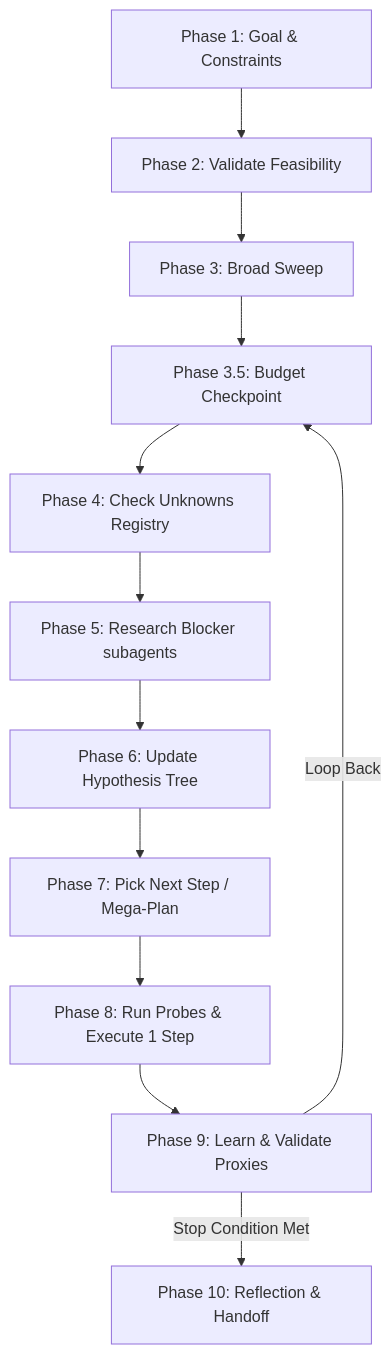
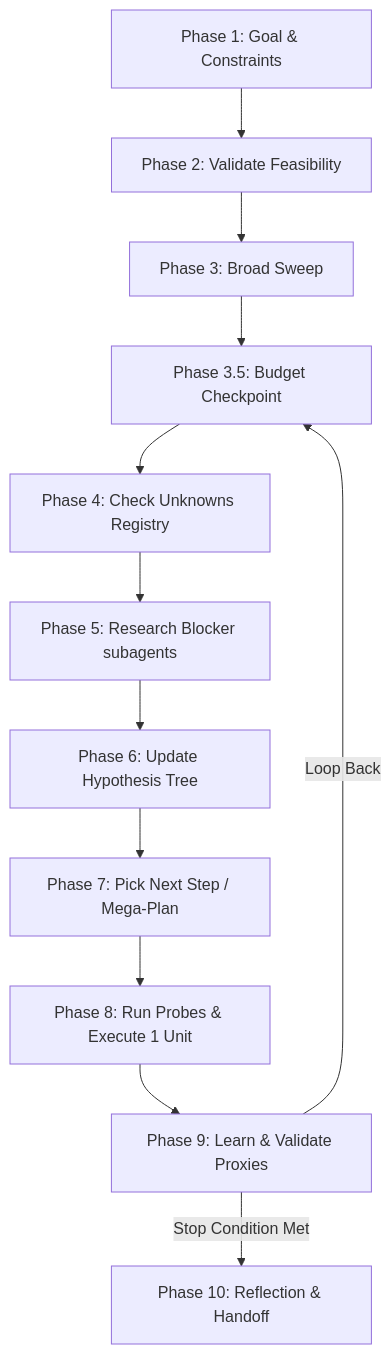
Before and after one commit to lewbei/deep-research-skills: the diagram in README.md, drawn with Mermaid. The commit also changed other lines of this file and 25 other files, not shown here.

````diff
--- a/README.md
+++ b/README.md
@@ -15,14 +15,14 @@
 ```mermaid
 graph TD
     A[Phase 1: Goal & Constraints] --> B[Phase 2: Validate Feasibility]
     B --> C[Phase 3: Broad Sweep]
     C --> D[Phase 3.5: Budget Checkpoint]
     D --> E[Phase 4: Check Unknowns Registry]
     E --> F[Phase 5: Research Blocker subagents]
     F --> G[Phase 6: Update Hypothesis Tree]
     G --> H[Phase 7: Pick Next Step / Mega-Plan]
-    H --> I[Phase 8: Run Probes & Execute 1 Step]
+    H --> I[Phase 8: Run Probes & Execute 1 Unit]
     I --> J[Phase 9: Learn & Validate Proxies]
     J -->|Loop Back| D
     J -->|Stop Condition Met| K[Phase 10: Reflection & Handoff]
 ```
````
